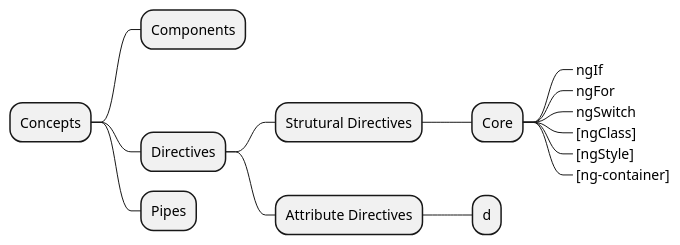
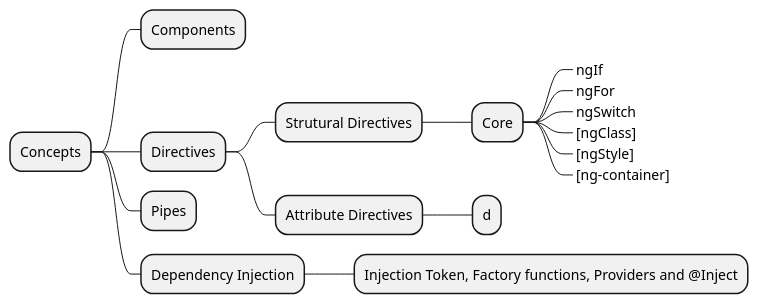
One commit to bobbyache/study-diagrams changed the diagram in frameworks/angular/landscape.plantuml. Above: the diagram before and after it, drawn with PlantUML. The commit also changed 3 other files, not shown here.

```diff
--- a/frameworks/angular/landscape.plantuml
+++ b/frameworks/angular/landscape.plantuml
@@ -1,18 +1,20 @@
 @startmindmap "Angular Concepts"
 
 + Concepts
 ++ Components
 ++ Directives
 +++ Strutural Directives
 ++++ Core
 +++++_ ngIf
 +++++_ ngFor
 +++++_ ngSwitch
 +++++_ [ngClass]
 +++++_ [ngStyle]
 +++++_ [ng-container]
 +++ Attribute Directives
 ++++ d
 ++ Pipes
+++ Dependency Injection
++++ Injection Token, Factory functions, Providers and @Inject
 
 @endmindmap
```
